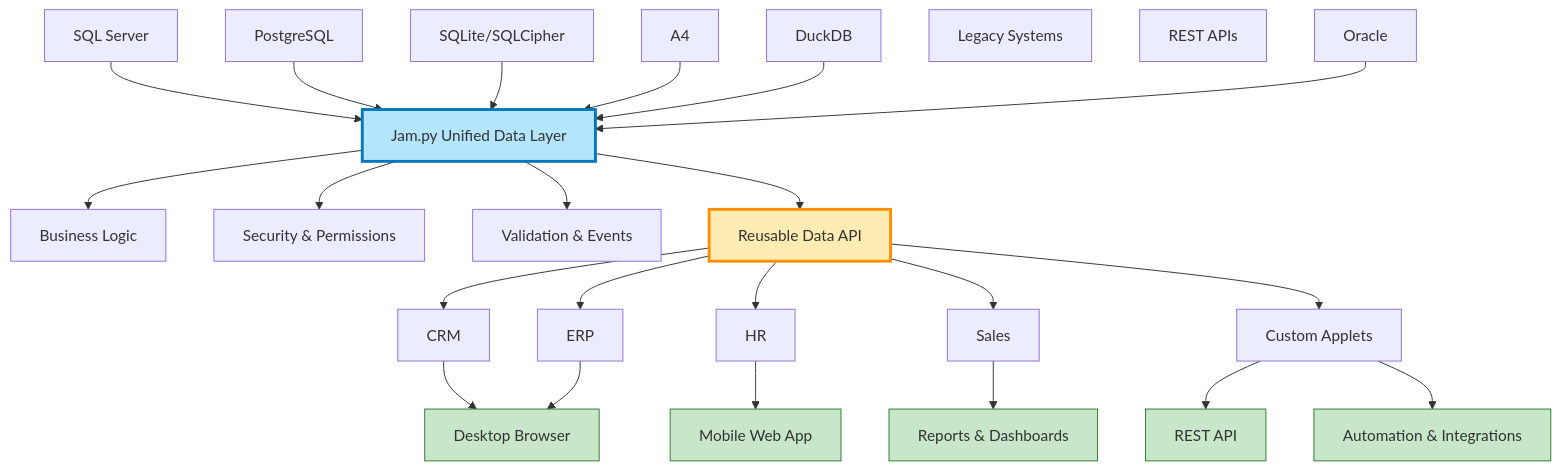
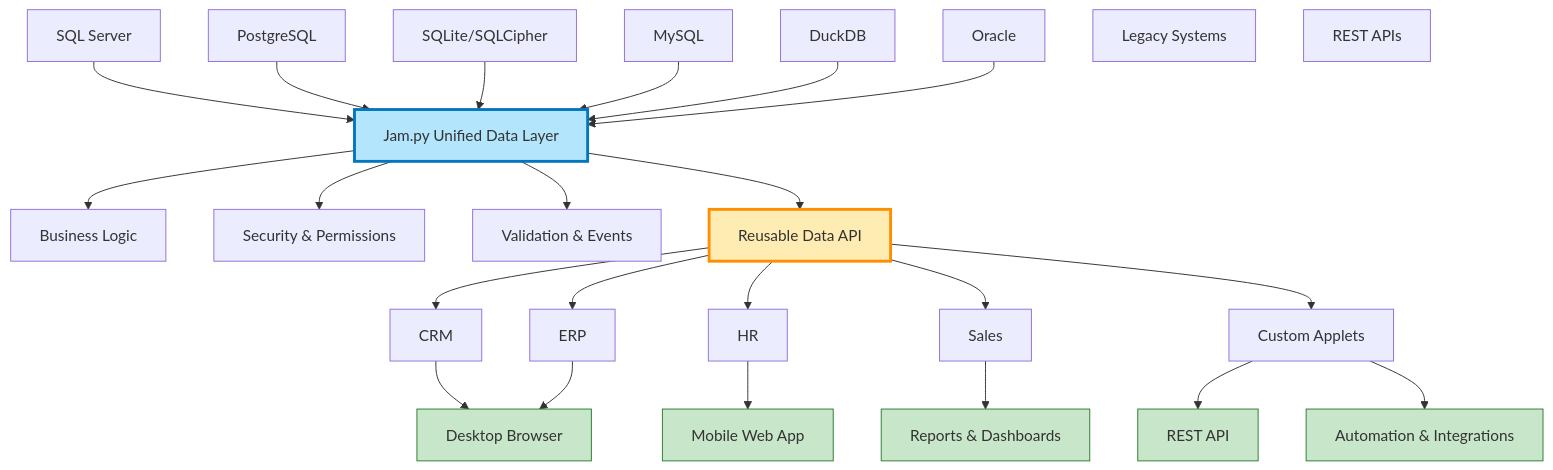
Before and after one commit to Nurb4000/jam-py-v7: the diagram in README.md, drawn with Mermaid.

````diff
--- a/README.md
+++ b/README.md
@@ -15,70 +15,70 @@
 ```mermaid
 flowchart TD
     %% Data sources
     A1[SQL Server]
     A2[PostgreSQL]
     A3[SQLite/SQLCipher]
-    A5[MySQL]
+    A4[MySQL]
     A5[DuckDB]
     A6[Oracle]
     A7[Legacy Systems]
     A8[REST APIs]
 
     %% Jam.py core
     B[Jam.py Unified Data Layer]
 
     %% Core services
     C1[Business Logic]
     C2[Security & Permissions]
     C3[Validation & Events]
     C4[Reusable Data API]
 
     %% Applications
     D1[CRM]
     D2[ERP]
     D3[HR]
     D4[Sales]
     D5[Custom Applets]
 
     %% Delivery channels
     E1[Desktop Browser]
     E2[Mobile Web App]
     E3[REST API]
     E4[Reports & Dashboards]
     E5[Automation & Integrations]
 
     %% Connections
     A1 --> B
     A2 --> B
     A3 --> B
     A4 --> B
     A5 --> B
     A6 --> B
 
     B --> C1
     B --> C2
     B --> C3
     B --> C4
 
     C4 --> D1
     C4 --> D2
     C4 --> D3
     C4 --> D4
     C4 --> D5
 
     D1 --> E1
     D2 --> E1
     D3 --> E2
     D4 --> E4
     D5 --> E3
     D5 --> E5
 
     %% Styling
     style B fill:#b3e5fc,stroke:#0277bd,stroke-width:3px
     style C4 fill:#ffecb3,stroke:#ff8f00,stroke-width:3px
     style E1 fill:#c8e6c9,stroke:#2e7d32
     style E2 fill:#c8e6c9,stroke:#2e7d32
     style E3 fill:#c8e6c9,stroke:#2e7d32
     style E4 fill:#c8e6c9,stroke:#2e7d32
     style E5 fill:#c8e6c9,stroke:#2e7d32
 ```
````
